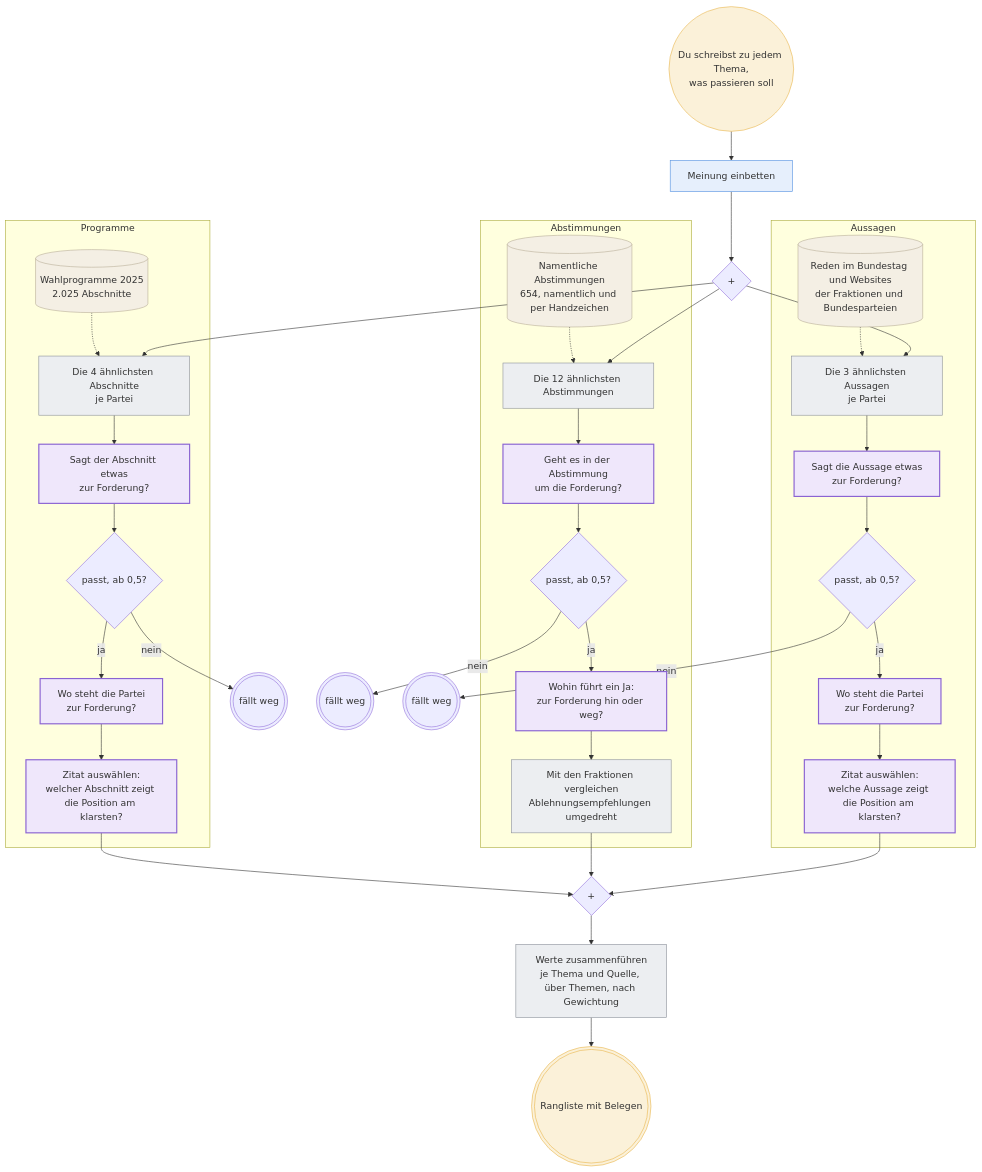
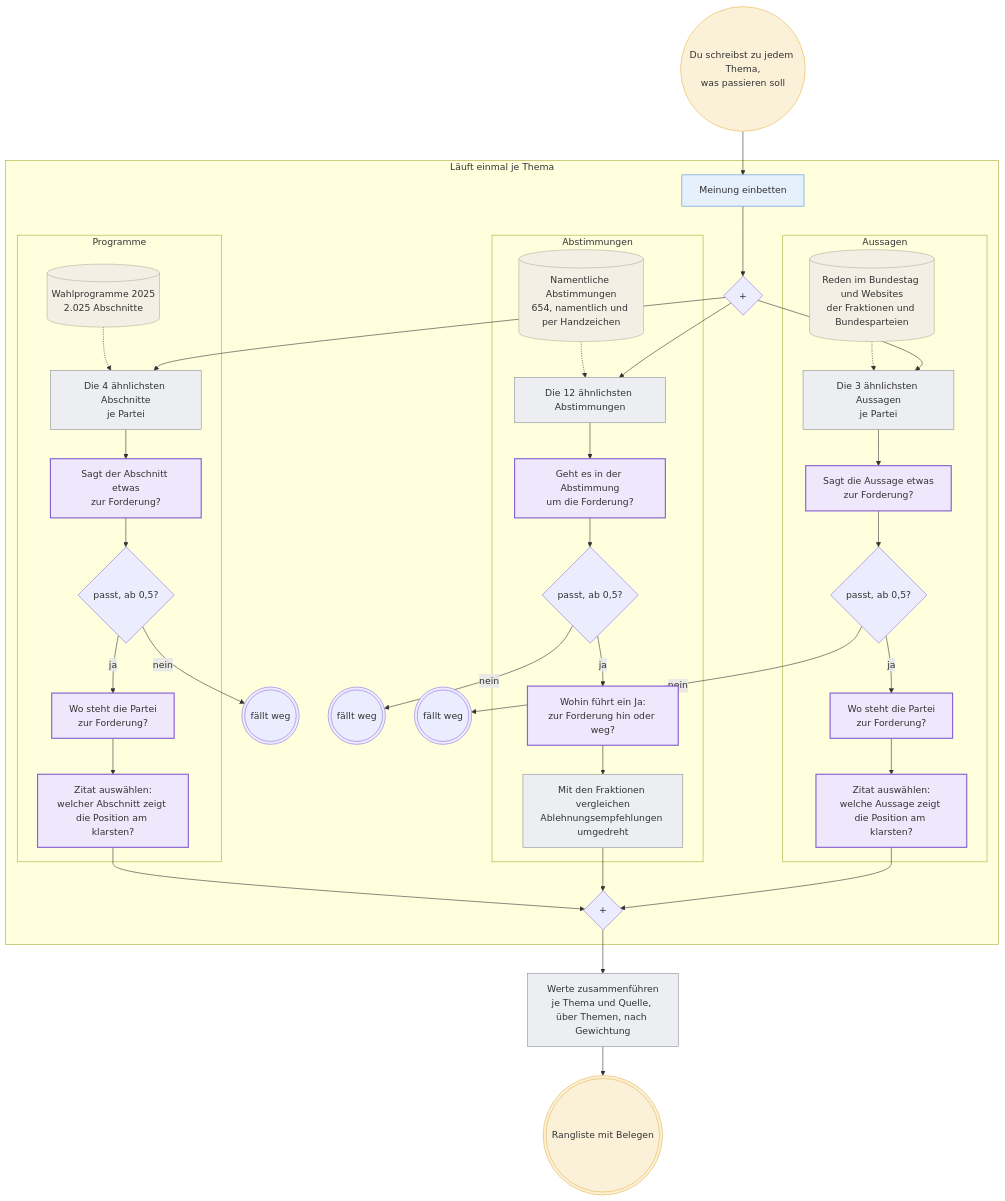
The diagram in docs/workflow.mmd (NicolasMahn/VotingAid), drawn with Mermaid before and after one commit. The commit also changed 2 other files, not shown here.

```diff
--- a/docs/workflow.mmd
+++ b/docs/workflow.mmd
@@ -1,55 +1,57 @@
 %% Voting Aid: from an opinion to the ranking. The same flow as workflow.html,
 %% as text: open it in mermaid.live, or import it into Excalidraw, draw.io or Miro.
 %% Circles are events, boxes tasks, diamonds decisions, cylinders data. Counts
 %% and what a step runs once for are on the HTML page.
 flowchart TB
   start((Du schreibst zu jedem Thema,<br/>was passieren soll)):::person
+  subgraph Thema[Läuft einmal je Thema]
   query[Meinung einbetten]:::voyage
   split{+}
-  start --> query --> split
 
   subgraph Programme
     pdb[(Wahlprogramme 2025<br/>2.025 Abschnitte)]:::data
     psearch[Die 4 ähnlichsten Abschnitte<br/>je Partei]:::code
     prel[Sagt der Abschnitt etwas<br/>zur Forderung?]:::jev
     pgate{passt, ab 0,5?}
     pmatch[Wo steht die Partei<br/>zur Forderung?]:::jev
     psource[Zitat auswählen:<br/>welcher Abschnitt zeigt die Position am klarsten?]:::jev
     pdb -.-> psearch --> prel --> pgate -->|ja| pmatch --> psource
   end
 
   subgraph Abstimmungen
     vdb[(Namentliche Abstimmungen<br/>654, namentlich und per Handzeichen)]:::data
     vsearch[Die 12 ähnlichsten Abstimmungen]:::code
     vrel[Geht es in der Abstimmung<br/>um die Forderung?]:::jev
     vgate{passt, ab 0,5?}
     vdir[Wohin führt ein Ja:<br/>zur Forderung hin oder weg?]:::jev
     vcompare[Mit den Fraktionen vergleichen<br/>Ablehnungsempfehlungen umgedreht]:::code
     vdb -.-> vsearch --> vrel --> vgate -->|ja| vdir --> vcompare
   end
 
   subgraph Aussagen
     sdb[(Reden im Bundestag und Websites<br/>der Fraktionen und Bundesparteien)]:::data
     ssearch[Die 3 ähnlichsten Aussagen<br/>je Partei]:::code
     srel[Sagt die Aussage etwas<br/>zur Forderung?]:::jev
     sgate{passt, ab 0,5?}
     smatch[Wo steht die Partei<br/>zur Forderung?]:::jev
     ssource[Zitat auswählen:<br/>welche Aussage zeigt die Position am klarsten?]:::jev
     sdb -.-> ssearch --> srel --> sgate -->|ja| smatch --> ssource
   end
 
   split --> psearch & vsearch & ssearch
   join{+}
   psource & vcompare & ssource --> join
   pgate -->|nein| pdrop(((fällt weg)))
   vgate -->|nein| vdrop(((fällt weg)))
   sgate -->|nein| sdrop(((fällt weg)))
+  end
+  start --> query --> split
   combine[Werte zusammenführen<br/>je Thema und Quelle, über Themen, nach Gewichtung]:::code
   done(((Rangliste mit Belegen))):::person
   join --> combine --> done
 
   classDef person fill:#fbf1d9,stroke:#e8b54a
   classDef voyage fill:#e6effc,stroke:#4f8fe0
   classDef jev fill:#efe7fb,stroke:#8a63d2,stroke-width:2px
   classDef code fill:#eceef1,stroke:#8a8f98
   classDef data fill:#f4efe4,stroke:#b9ae97
```
